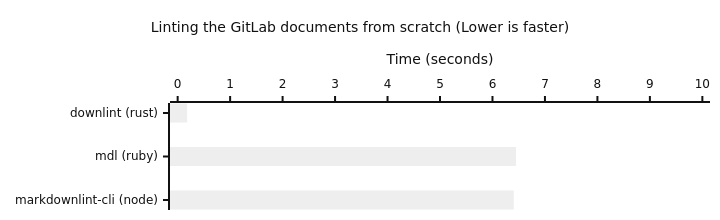
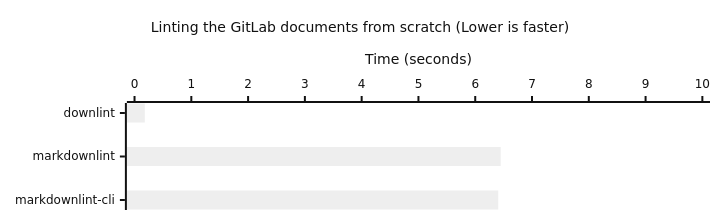
Before and after one commit to jasonxue1/mado: the diagram in README.md, drawn with Mermaid (neutral theme). The commit also changed other lines of this file, not shown here.

````diff
--- a/README.md
+++ b/README.md
@@ -6,20 +19,20 @@
 ```mermaid
 ---
 config:
     xyChart:
         height: 200
         titleFontSize: 14
         chartOrientation: horizontal
         xAxis:
             labelFontSize: 12
             titleFontSize: 14
         yAxis:
             labelFontSize: 12
             titleFontSize: 14
 ---
 xychart-beta
     title "Linting the GitLab documents from scratch (Lower is faster)"
-    x-axis ["downlint (rust)", "mdl (ruby)", "markdownlint-cli (node)"]
+    x-axis ["downlint", "markdownlint", "markdownlint-cli"]
     y-axis "Time (seconds)" 0 --> 10
     bar [0.181, 6.448, 6.405]
 ```
````
